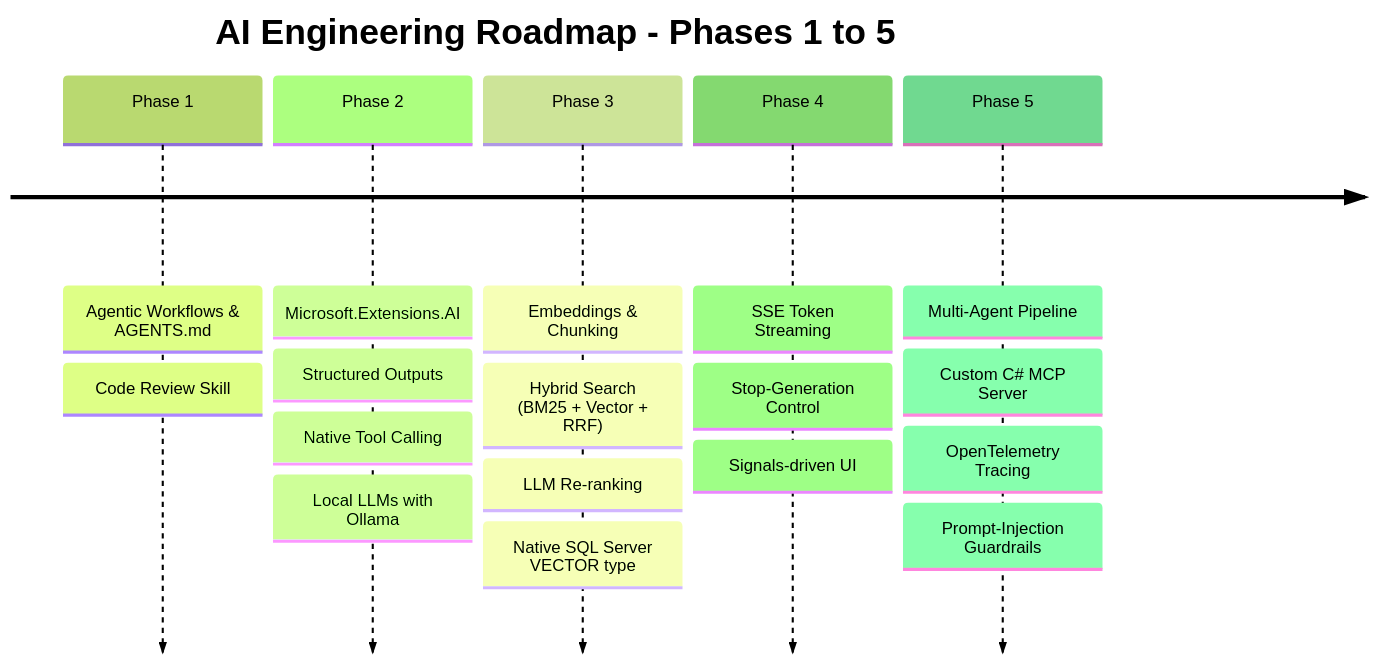
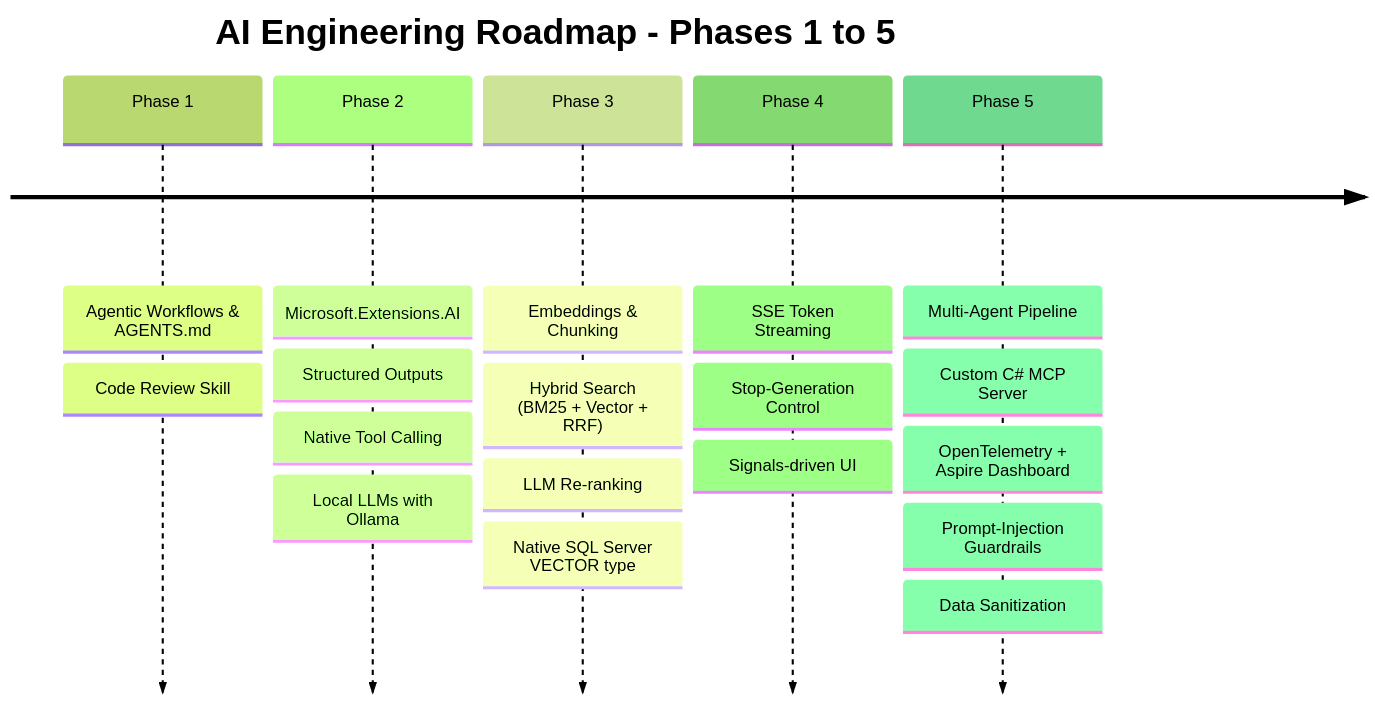
Before and after one commit to grgbibek/AI-Learn: the first of 4 diagrams in AI_LEARNING_JOURNEY_SUMMARY.md, drawn with Mermaid (forest theme). The commit also changed other lines of this file and 45 other files, not shown here.

````diff
--- a/AI_LEARNING_JOURNEY_SUMMARY.md
+++ b/AI_LEARNING_JOURNEY_SUMMARY.md
@@ -5,21 +13,22 @@
 ```mermaid
 timeline
     title AI Engineering Roadmap - Phases 1 to 5
     Phase 1 : Agentic Workflows & AGENTS.md
             : Code Review Skill
     Phase 2 : Microsoft.Extensions.AI
             : Structured Outputs
             : Native Tool Calling
             : Local LLMs with Ollama
     Phase 3 : Embeddings & Chunking
             : Hybrid Search (BM25 + Vector + RRF)
             : LLM Re-ranking
             : Native SQL Server VECTOR type
     Phase 4 : SSE Token Streaming
             : Stop-Generation Control
             : Signals-driven UI
     Phase 5 : Multi-Agent Pipeline
             : Custom C# MCP Server
-            : OpenTelemetry Tracing
+            : OpenTelemetry + Aspire Dashboard
             : Prompt-Injection Guardrails
+            : Data Sanitization
 ```
````
